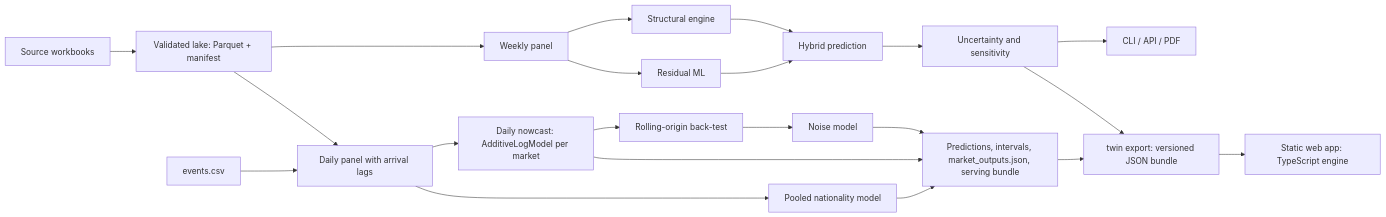
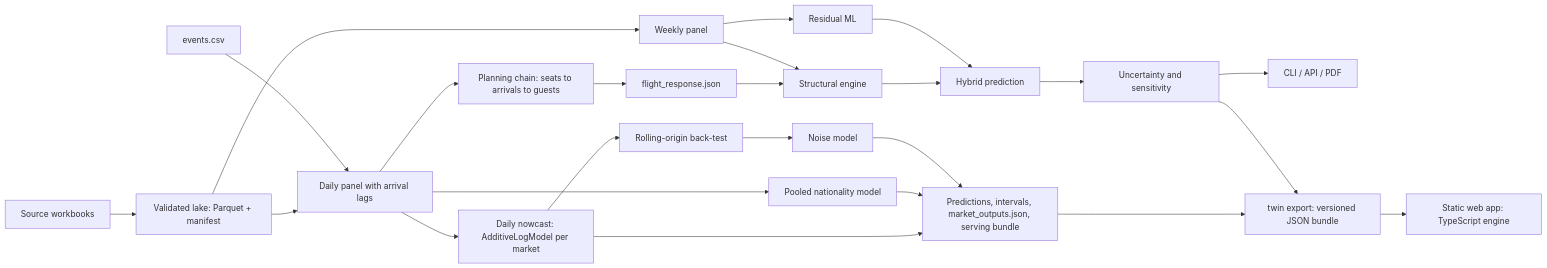
The diagram in docs/architecture/layers.md (Nikhil-Mundhra/ChallengeON-Advanced-Technology-Pioneers-2026), drawn with Mermaid before and after one commit. The commit also changed other lines of this file and 21 other files, not shown here.

Commit message:
Docs: outlook method and error by horizon, bundle schema 3, landing and report as shipped, simulate defaults, holdout figures sourced to their artifacts

````diff
--- a/docs/architecture/layers.md
+++ b/docs/architecture/layers.md
@@ -5,21 +5,23 @@
 ```mermaid
 flowchart LR
     A[Source workbooks] --> B[Validated lake: Parquet + manifest]
     B --> C[Weekly panel]
     B --> N[Daily panel with arrival lags]
     E0[events.csv] --> N
     N --> K[Daily nowcast: AdditiveLogModel per market]
     K --> BT[Rolling-origin back-test]
     BT --> NM[Noise model]
     K --> P[Predictions, intervals, market_outputs.json, serving bundle]
     N --> PN[Pooled nationality model] --> P
     NM --> P
+    N --> CH[Planning chain: seats to arrivals to guests] --> FR[flight_response.json]
+    FR --> D
     C --> D[Structural engine]
     C --> E[Residual ML]
     D --> F[Hybrid prediction]
     E --> F
     F --> G[Uncertainty and sensitivity]
     G --> H[CLI / API / PDF]
     P --> X[twin export: versioned JSON bundle]
     G --> X --> W[Static web app: TypeScript engine]
 ```
````
